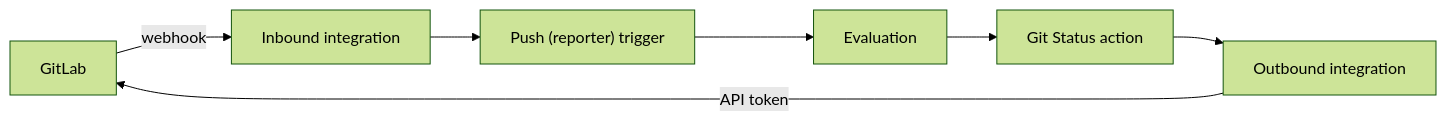
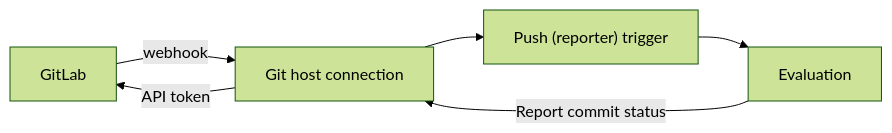
One commit to wavelens/gradient changed the diagram in docs/src/guides/gitlab.md. Above: the diagram before and after it, drawn with Mermaid (forest theme). The commit also changed other lines of this file and 20 other files, not shown here.

````diff
--- a/docs/src/guides/gitlab.md
+++ b/docs/src/guides/gitlab.md
@@ -19,9 +19,8 @@
 ```mermaid
 flowchart LR
-    host["GitLab"] -- webhook --> inbound["Inbound integration"]
-    inbound --> trigger["Push (reporter) trigger"]
+    host["GitLab"] -- webhook --> connection["Git host connection"]
+    connection --> trigger["Push (reporter) trigger"]
     trigger --> eval["Evaluation"]
-    eval --> action["Git Status action"]
-    action --> outbound["Outbound integration"]
-    outbound -- "API token" --> host
+    eval -- "Report commit status" --> connection
+    connection -- "API token" --> host
 ```
````
